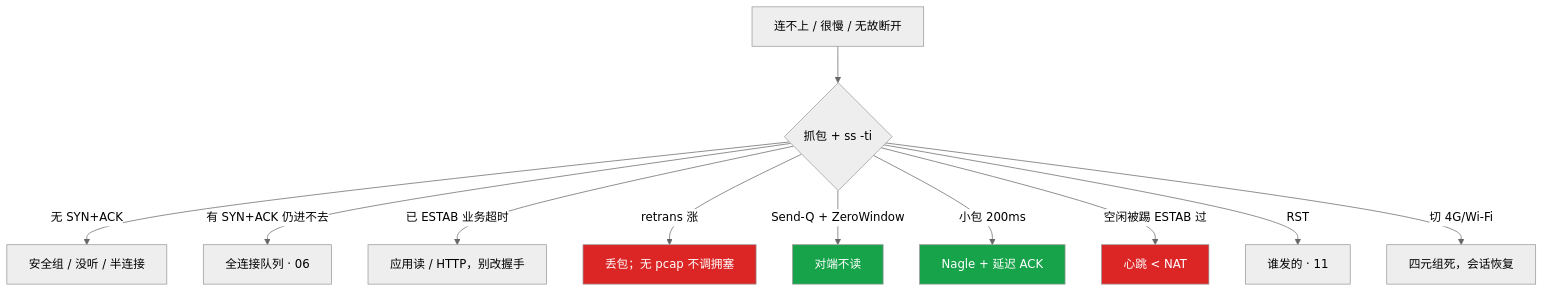
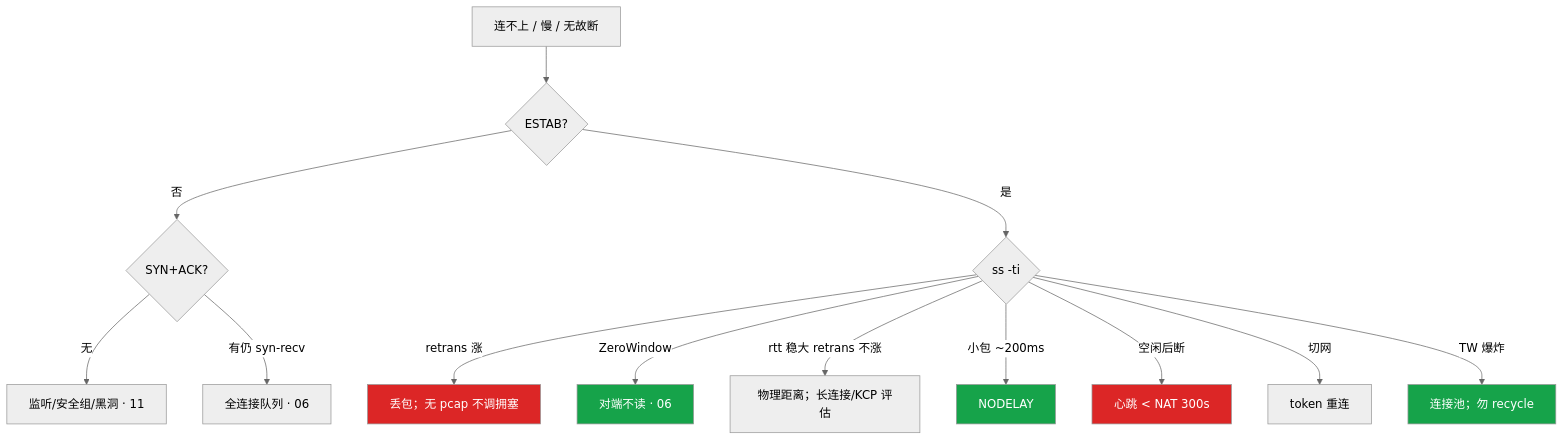
Before and after one commit to ml-cuizijun/LearnToLilith: the fifth of 5 diagrams in 02-基础底座/08-TCP与UDP/知识点.md, drawn with Mermaid (neutral theme). The commit also changed other lines of this file and 3 other files, not shown here.

````diff
--- a/02-基础底座/08-TCP与UDP/知识点.md
+++ b/02-基础底座/08-TCP与UDP/知识点.md
@@ -537,18 +368,20 @@
 ```mermaid
 flowchart TB
-    A[连不上 / 很慢 / 无故断开] --> B{抓包 + ss -ti}
-    B -->|无 SYN+ACK| C[安全组 / 没听 / 半连接]
-    B -->|有 SYN+ACK 仍进不去| D[全连接队列 · 06]
-    B -->|已 ESTAB 业务超时| E[应用读 / HTTP，别改握手]
-    B -->|retrans 涨| F[丢包；无 pcap 不调拥塞]
-    B -->|Send-Q + ZeroWindow| G[对端不读]
-    B -->|小包 200ms| H[Nagle + 延迟 ACK]
-    B -->|空闲被踢 ESTAB 过| I[心跳 < NAT]
-    B -->|RST| J[谁发的 · 11]
-    B -->|切 4G/Wi-Fi| K[四元组死，会话恢复]
+    A[连不上 / 慢 / 无故断] --> B{ESTAB?}
+    B -->|否| C{SYN+ACK?}
+    C -->|无| D[监听/安全组/黑洞 · 11]
+    C -->|有仍 syn-recv| E[全连接队列 · 06]
+    B -->|是| F{ss -ti}
+    F -->|retrans 涨| G[丢包；无 pcap 不调拥塞]
+    F -->|ZeroWindow| H[对端不读 · 06]
+    F -->|rtt 稳大 retrans 不涨| I[物理距离；长连接/KCP 评估]
+    F -->|小包 ~200ms| J[NODELAY]
+    F -->|空闲后断| K[心跳 < NAT 300s]
+    F -->|切网| L[token 重连]
+    F -->|TW 爆炸| M[连接池；勿 recycle]
 
     classDef bad fill:#DC2626,color:#fff
     classDef ok fill:#16A34A,color:#fff
-    class I,F bad
-    class G,H ok
+    class G,K bad
+    class H,J,M ok
 ```
````
